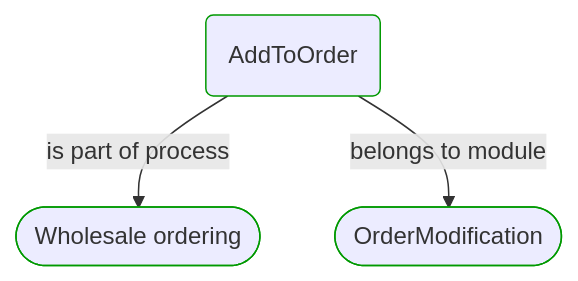
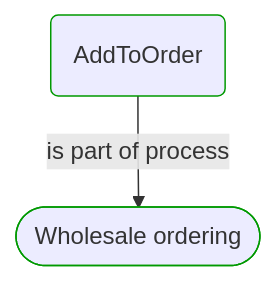
Before and after one commit to itlibrium/DDD-starter-dotnet: the first of 4 diagrams in Docs/P3/MermaidOutput/ProcessSteps/Sale/Wholesale ordering/AddToOrder.md, drawn with Mermaid. The commit also changed other lines of this file and 174 other files, not shown here.

````diff
--- a/Docs/P3/MermaidOutput/ProcessSteps/Sale/Wholesale ordering/AddToOrder.md
+++ b/Docs/P3/MermaidOutput/ProcessSteps/Sale/Wholesale ordering/AddToOrder.md
@@ -20,14 +20,11 @@
 ```mermaid
   flowchart TB
     0(AddToOrder)
     class 0 DomainPerspective
     1([Wholesale ordering])
     class 1 DomainPerspective
     0-->|is part of process|1
-    2([OrderModification])
-    class 2 DomainPerspective
-    0-->|belongs to module|2
     classDef DomainPerspective stroke:#009900
     classDef TechnologyPerspective stroke:#1F41EB
     classDef PeoplePerspective stroke:#FFF014
 ```
````
